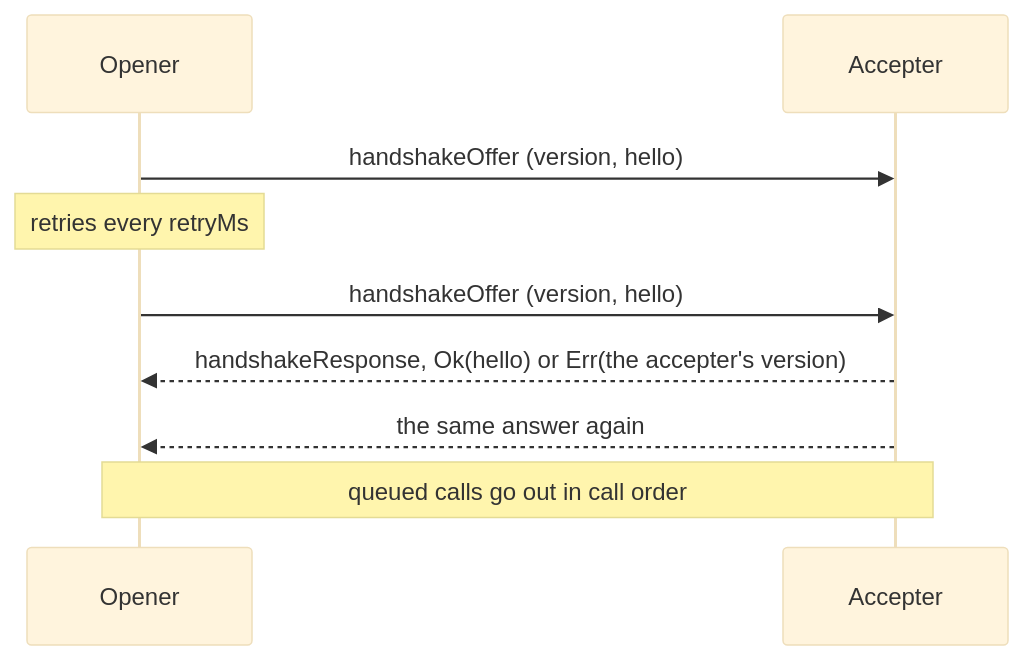
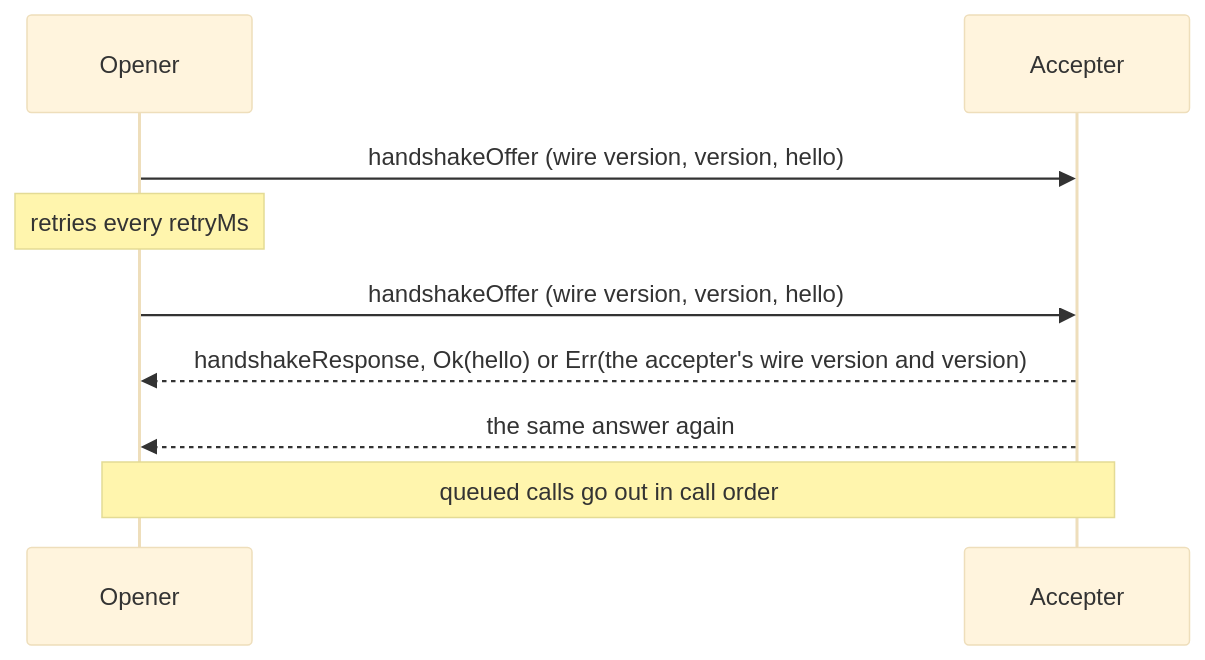
The first of 4 diagrams in packages/transport/README.md (paritytech/dotli-community), drawn with Mermaid (base theme) before and after one commit. The commit also changed other lines of this file and 18 other files, not shown here.

First line of the commit message:
fix(transport): the owner's decisions on closing, the wire version, early calls, failed posts and reused ids

````diff
--- a/packages/transport/README.md
+++ b/packages/transport/README.md
@@ -47,11 +51,11 @@
 ```mermaid
 sequenceDiagram
   participant O as Opener
   participant A as Accepter
-  O->>A: handshakeOffer (version, hello)
+  O->>A: handshakeOffer (wire version, version, hello)
   Note over O: retries every retryMs
-  O->>A: handshakeOffer (version, hello)
-  A-->>O: handshakeResponse, Ok(hello) or Err(the accepter's version)
+  O->>A: handshakeOffer (wire version, version, hello)
+  A-->>O: handshakeResponse, Ok(hello) or Err(the accepter's wire version and version)
   A-->>O: the same answer again
   Note over O,A: queued calls go out in call order
 ```
````
